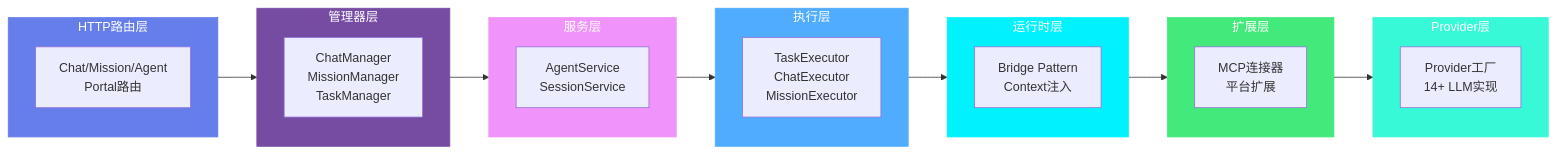
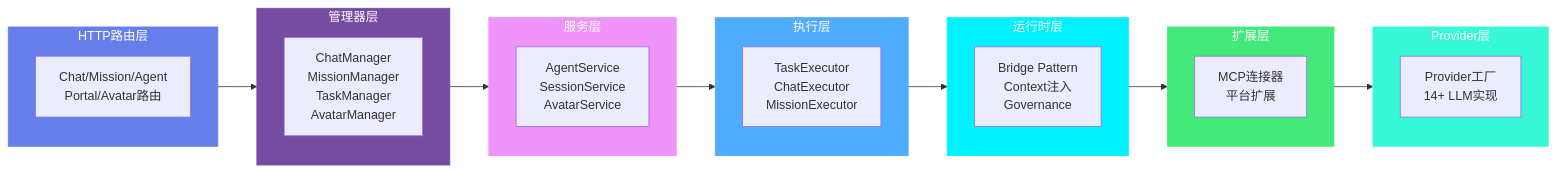
The second of 8 diagrams in docs/ARCHITECTURE.md (jsjm1986/AGIME), drawn with Mermaid before and after one commit. The commit also changed other lines of this file and 70 other files, not shown here.

````diff
--- a/docs/ARCHITECTURE.md
+++ b/docs/ARCHITECTURE.md
@@ -28,40 +28,40 @@
 ```mermaid
 graph LR
     subgraph Layer1["HTTP路由层"]
-        Routes["Chat/Mission/Agent<br/>Portal路由"]
+        Routes["Chat/Mission/Agent<br/>Portal/Avatar路由"]
     end
 
     subgraph Layer2["管理器层"]
-        Managers["ChatManager<br/>MissionManager<br/>TaskManager"]
+        Managers["ChatManager<br/>MissionManager<br/>TaskManager<br/>AvatarManager"]
     end
 
     subgraph Layer3["服务层"]
-        Services["AgentService<br/>SessionService"]
+        Services["AgentService<br/>SessionService<br/>AvatarService"]
     end
 
     subgraph Layer4["执行层"]
         Executors["TaskExecutor<br/>ChatExecutor<br/>MissionExecutor"]
     end
 
     subgraph Layer5["运行时层"]
-        Runtime["Bridge Pattern<br/>Context注入"]
+        Runtime["Bridge Pattern<br/>Context注入<br/>Governance"]
     end
 
     subgraph Layer6["扩展层"]
         Extensions["MCP连接器<br/>平台扩展"]
     end
 
     subgraph Layer7["Provider层"]
         Providers["Provider工厂<br/>14+ LLM实现"]
     end
 
     Layer1 --> Layer2 --> Layer3 --> Layer4 --> Layer5 --> Layer6 --> Layer7
 
     style Layer1 fill:#667eea,stroke:#667eea,color:#ffffff
     style Layer2 fill:#764ba2,stroke:#764ba2,color:#ffffff
     style Layer3 fill:#f093fb,stroke:#f093fb,color:#ffffff
     style Layer4 fill:#4facfe,stroke:#4facfe,color:#ffffff
     style Layer5 fill:#00f2fe,stroke:#00f2fe,color:#ffffff
     style Layer6 fill:#43e97b,stroke:#43e97b,color:#ffffff
     style Layer7 fill:#38f9d7,stroke:#38f9d7,color:#ffffff
 ```
````
